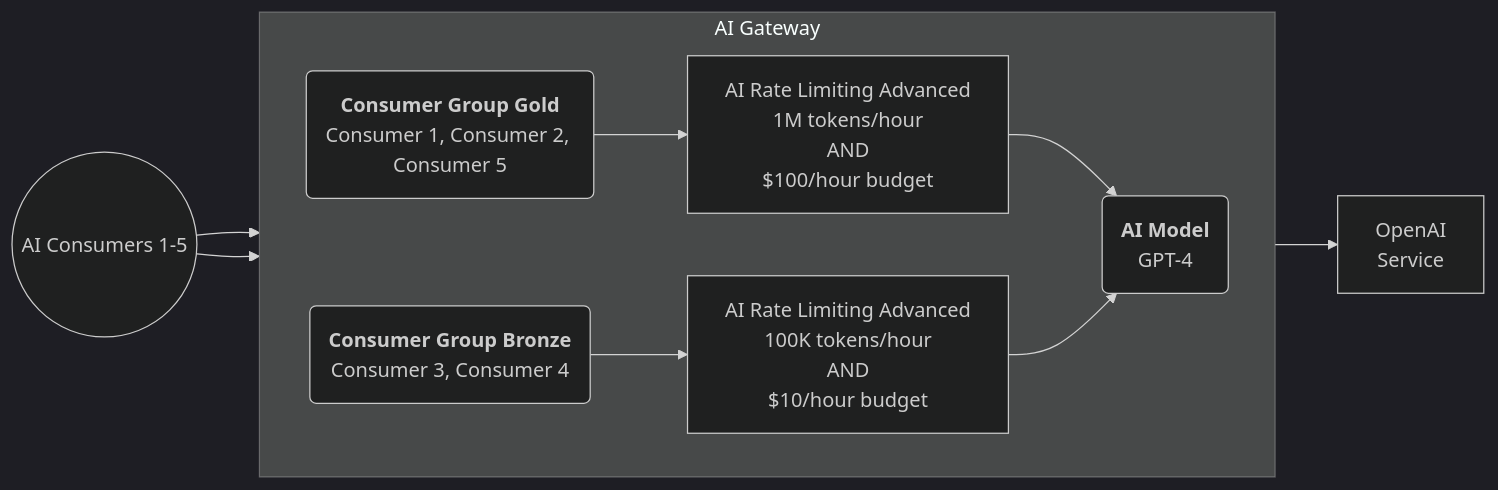
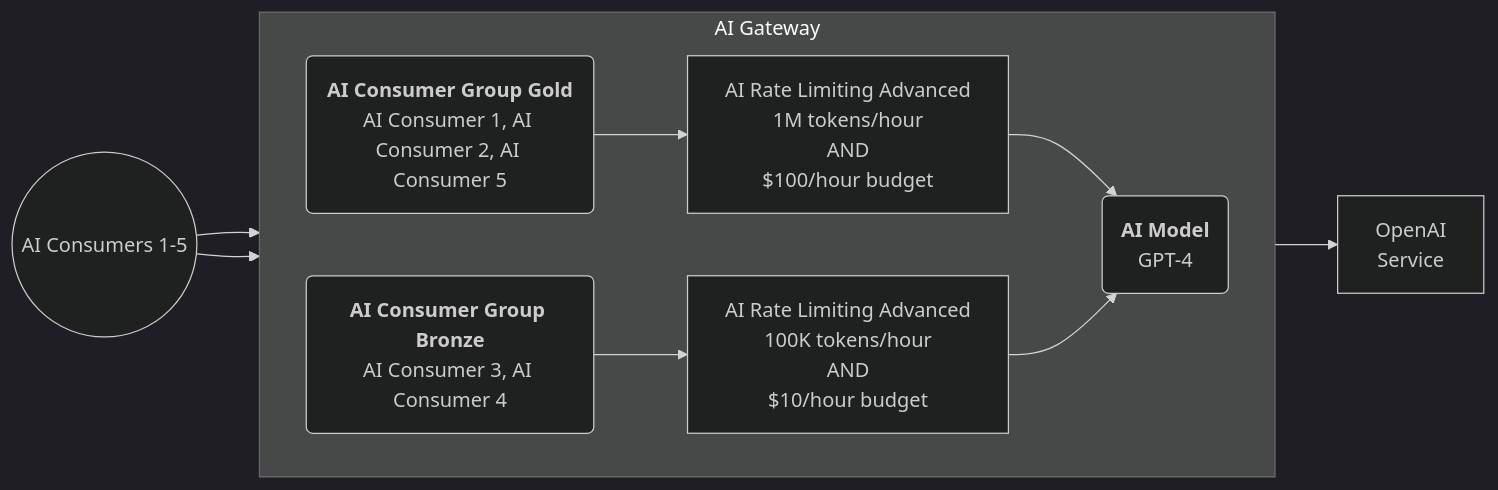
Before and after one commit to Kong/developer.konghq.com: the diagram in app/_ai_gateway_entities/ai-consumer-group.md, drawn with Mermaid (dark theme). The commit also changed other lines of this file, not shown here.

```diff
--- a/app/_ai_gateway_entities/ai-consumer-group.md
+++ b/app/_ai_gateway_entities/ai-consumer-group.md
@@ -77,22 +76,22 @@
 {% mermaid %}
 flowchart LR
     A((AI Consumers 1-5))
 
-    B("<b>Consumer Group Gold</b><br/>Consumer 1, Consumer 2, Consumer 5")
+    B("<b>AI Consumer Group Gold</b><br/>AI Consumer 1, AI Consumer 2, AI Consumer 5")
 
-    C("<b>Consumer Group Bronze</b><br/>Consumer 3, Consumer 4")
+    C("<b>AI Consumer Group Bronze</b><br/>AI Consumer 3, AI Consumer 4")
 
     D["AI Rate Limiting Advanced<br/>1M tokens/hour<br/>AND<br/>$100/hour budget"]
     E["AI Rate Limiting Advanced<br/>100K tokens/hour<br/>AND<br/>$10/hour budget"]
     F("<b>AI Model</b><br/>GPT-4")
     H["OpenAI<br/>Service"]
 
     A--> B & C
     subgraph id1 ["AI Gateway"]
     direction LR
     B --> D --> F
     C --> E --> F
     end
 
     F --> H
 {% endmermaid %}
```
